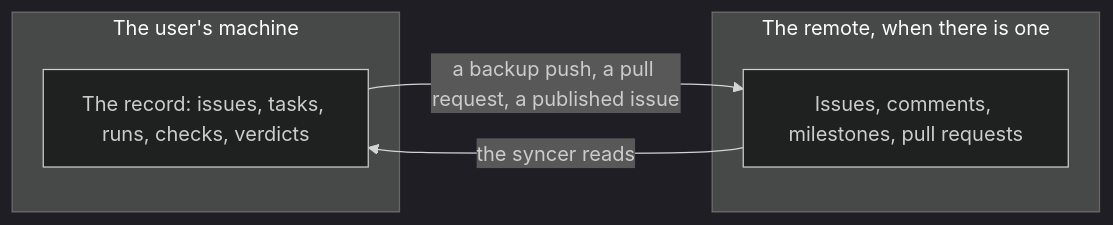
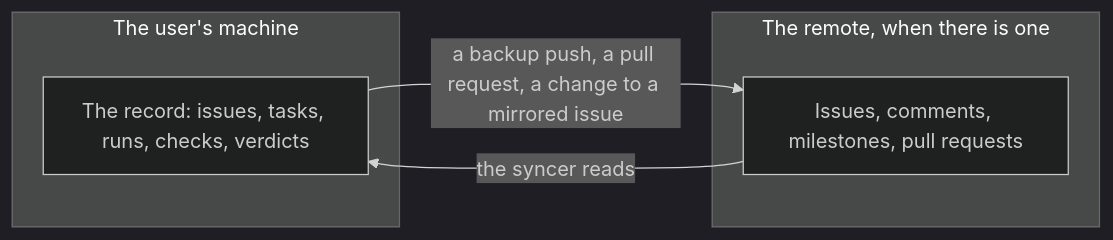
The second of 14 diagrams in docs/architecture/TRAJECTORY.md (trustmybot/tmb), drawn with Mermaid (dark theme) before and after one commit. The commit also changed other lines of this file and 25 other files, not shown here.

First line of the commit message:
✨ feat(syncer): write a change to a mirrored issue to the remote before recording it (#508)

````diff
--- a/docs/architecture/TRAJECTORY.md
+++ b/docs/architecture/TRAJECTORY.md
@@ -33,11 +33,11 @@
 ```mermaid
 flowchart LR
     subgraph L["The user's machine"]
         R["The record: issues, tasks, runs, checks, verdicts"]
     end
     subgraph G["The remote, when there is one"]
         I["Issues, comments, milestones, pull requests"]
     end
     I -->|"the syncer reads"| R
-    R -->|"a backup push, a pull request, a published issue"| I
+    R -->|"a backup push, a pull request, a change to a mirrored issue"| I
 ```
````
